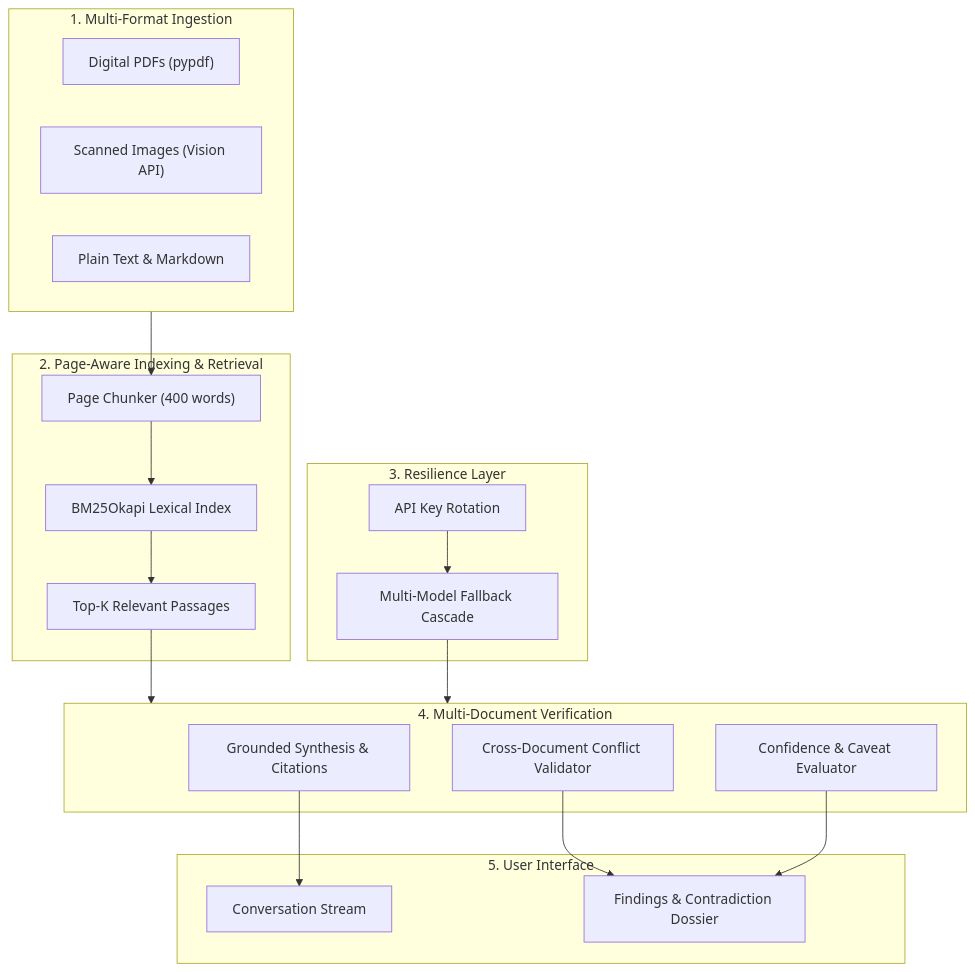
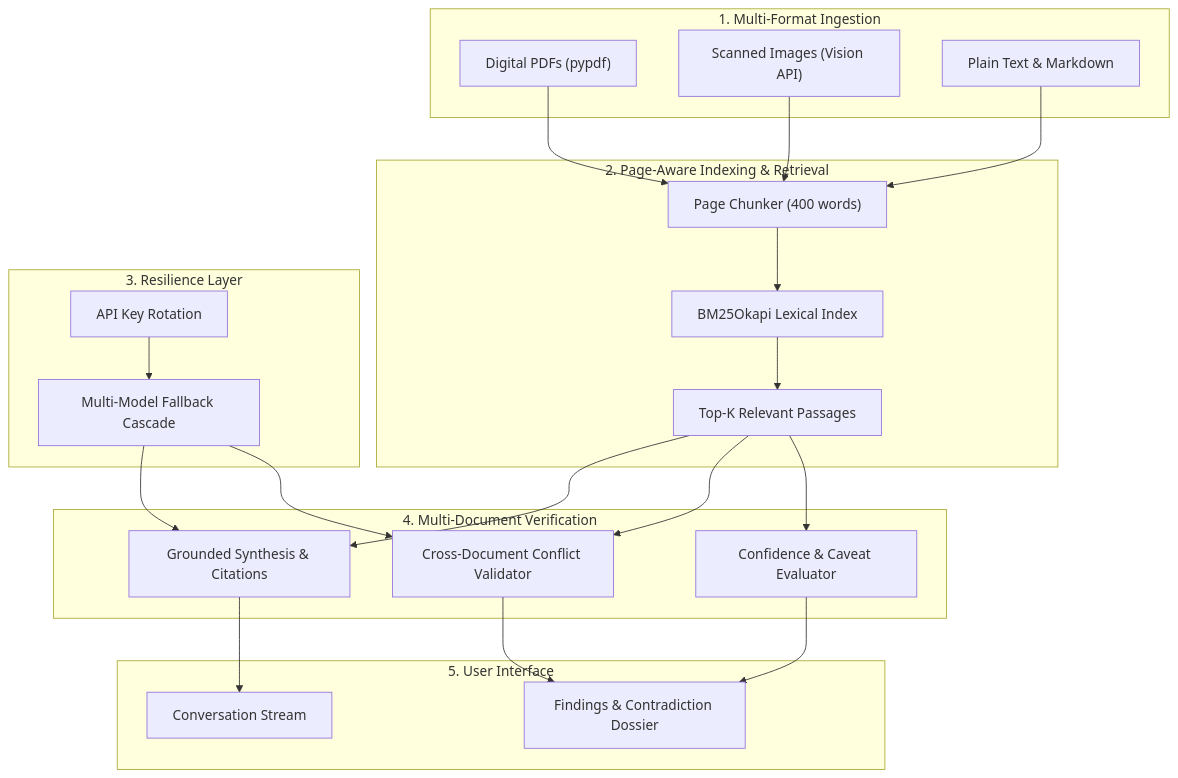
The diagram in README.md (anshk1234/docV-ai), drawn with Mermaid before and after one commit.

Commit message:
Center and balance Mermaid architecture diagram layout

````diff
--- a/README.md
+++ b/README.md
@@ -42,34 +42,47 @@
 ```mermaid
 flowchart TD
     subgraph Ingestion ["1. Multi-Format Ingestion"]
         PDF["Digital PDFs (pypdf)"]
         IMG["Scanned Images (Vision API)"]
         TXT["Plain Text & Markdown"]
     end
+
     subgraph Indexing ["2. Page-Aware Indexing & Retrieval"]
         Chunker["Page Chunker (400 words)"]
         BM25["BM25Okapi Lexical Index"]
         Retriever["Top-K Relevant Passages"]
         Chunker --> BM25 --> Retriever
     end
+
     subgraph Resilience ["3. Resilience Layer"]
         Pool["API Key Rotation"]
         Cascade["Multi-Model Fallback Cascade"]
         Pool --> Cascade
     end
+
     subgraph Reasoning ["4. Multi-Document Verification"]
         Synthesizer["Grounded Synthesis & Citations"]
         Conflict["Cross-Document Conflict Validator"]
         Uncertainty["Confidence & Caveat Evaluator"]
     end
+
     subgraph Interface ["5. User Interface"]
         Chat["Conversation Stream"]
         Findings["Findings & Contradiction Dossier"]
     end
-    Ingestion --> Chunker
-    Retriever --> Reasoning
-    Cascade --> Reasoning
+
+    PDF --> Chunker
+    IMG --> Chunker
+    TXT --> Chunker
+
+    Retriever --> Synthesizer
+    Retriever --> Conflict
+    Retriever --> Uncertainty
+
+    Cascade --> Synthesizer
+    Cascade --> Conflict
+
     Synthesizer --> Chat
     Conflict --> Findings
     Uncertainty --> Findings
 ```
````
